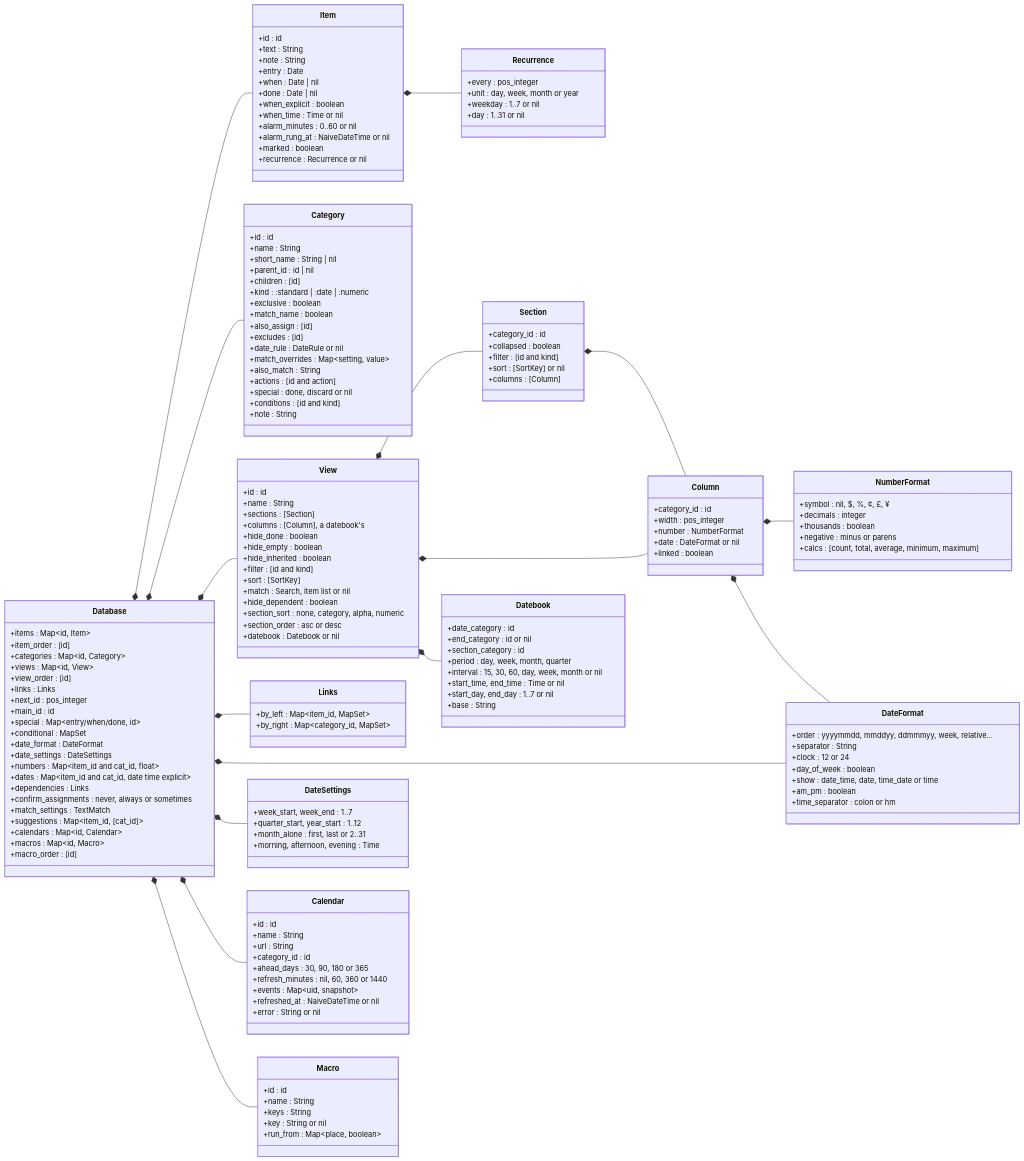
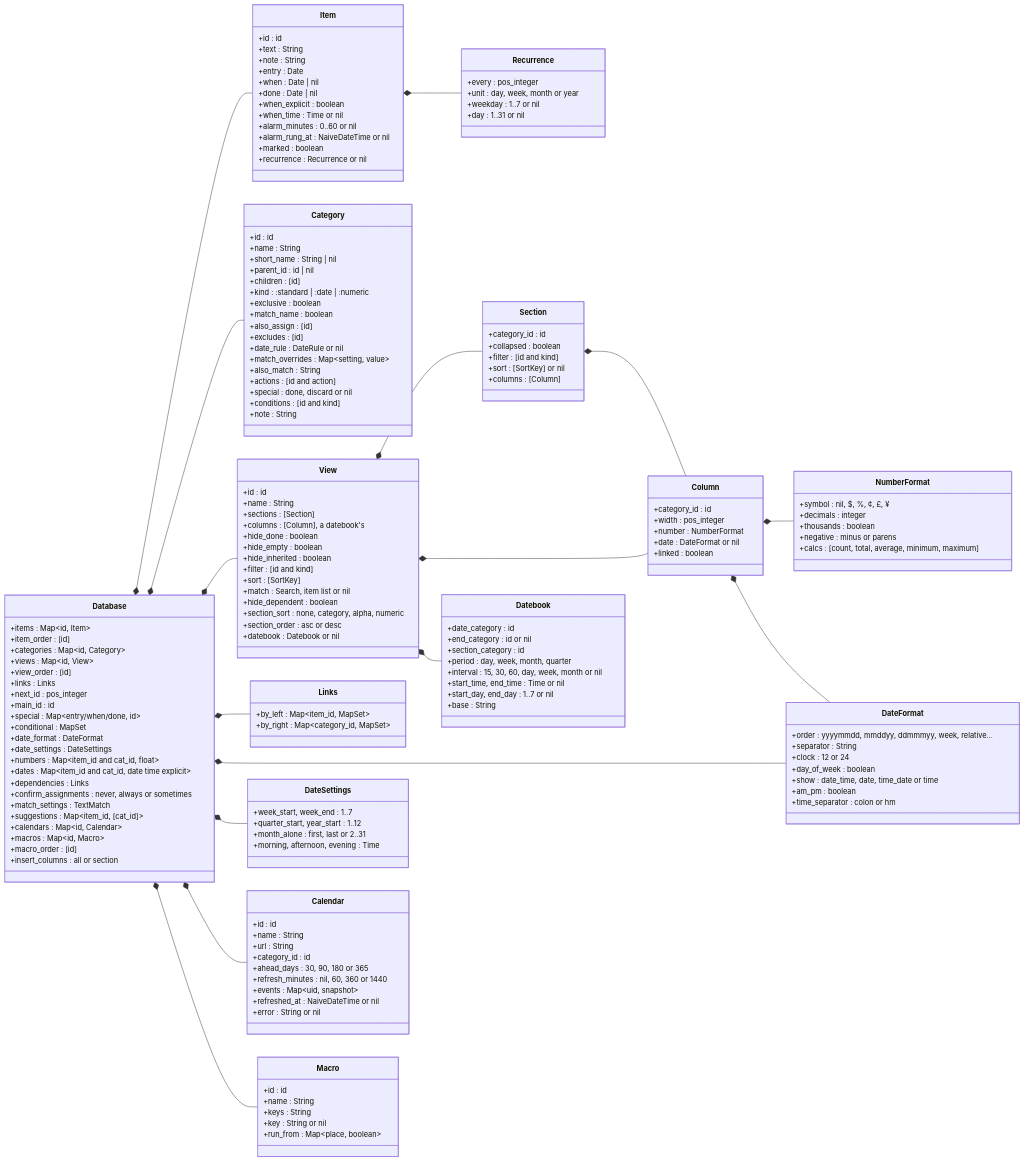
Before and after one commit to jamting/agendum: the second of 6 diagrams in docs/DATA_MODEL.md, drawn with Mermaid. The commit also changed other lines of this file and 18 other files, not shown here.

First line of the commit message:
File Properties: Insert new columns in (R55)

```diff
--- a/docs/DATA_MODEL.md
+++ b/docs/DATA_MODEL.md
@@ -163,6 +164,7 @@
         +calendars : Map~id, Calendar~
         +macros : Map~id, Macro~
         +macro_order : [id]
+        +insert_columns : all or section
     }
     class DateFormat {
         +order : yyyymmdd, mmddyy, ddmmmyy, week, relative…
```
